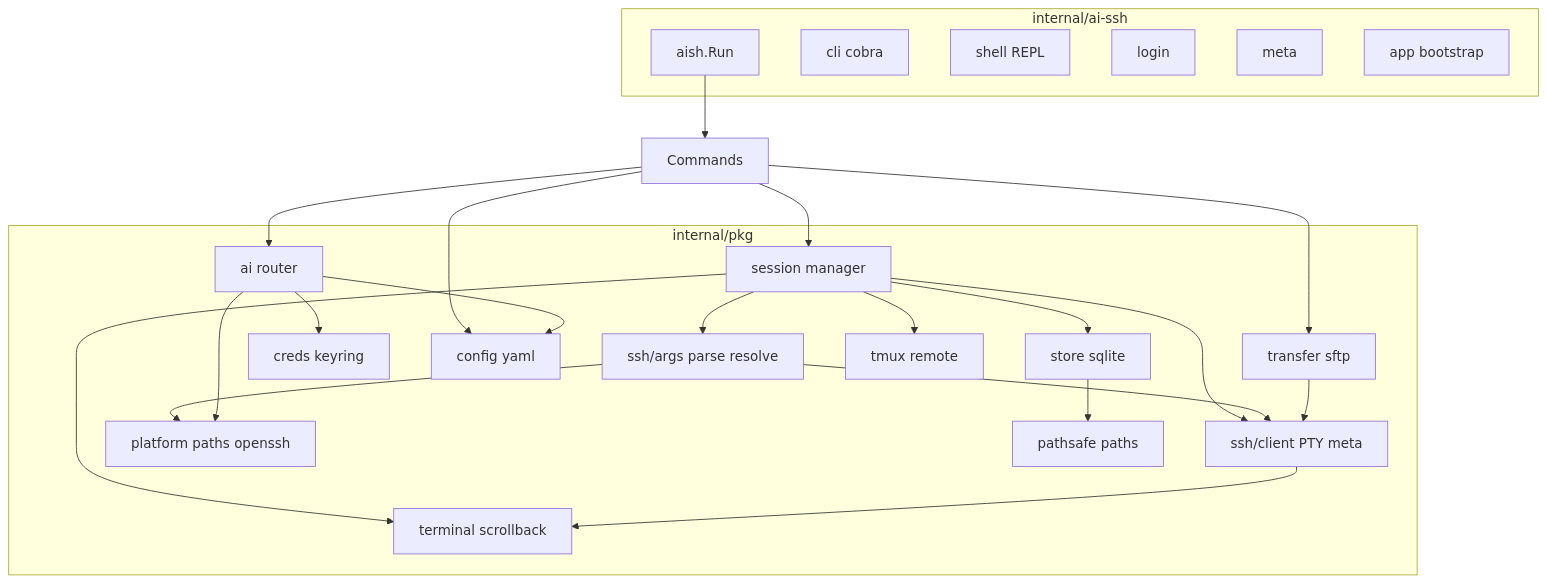
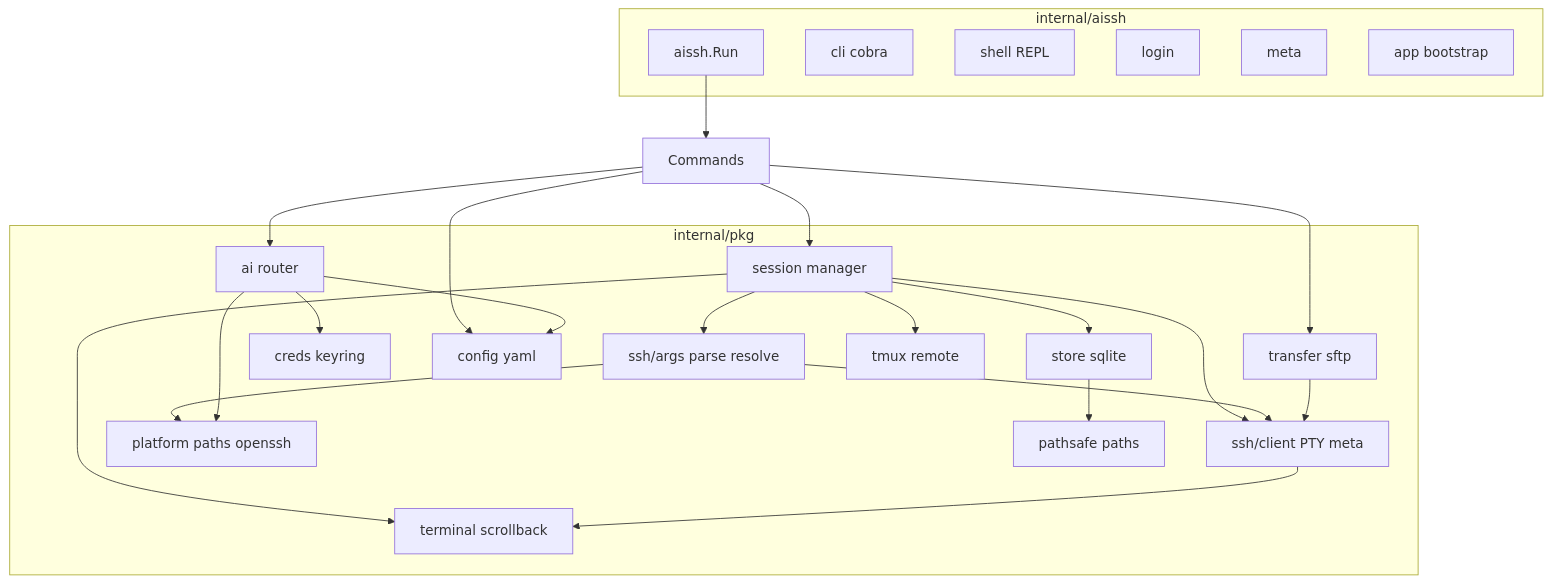
The second of 8 diagrams in docs/design.md (os-artificer/AiT), drawn with Mermaid before and after one commit. The commit also changed other lines of this file and 386 other files, not shown here.

````diff
--- a/docs/design.md
+++ b/docs/design.md
@@ -72,43 +72,43 @@
 ```mermaid
 flowchart TB
-  subgraph cli [internal/ai-ssh]
-    Run[aish.Run]
+  subgraph cli [internal/aissh]
+    Run[aissh.Run]
     CliPkg[cli cobra]
     ShellPkg[shell REPL]
     LoginPkg[login]
     MetaPkg[meta]
     AppPkg[app bootstrap]
   end
   subgraph pkgs [internal/pkg]
     SSHArgs[ssh/args parse resolve]
     Store[store sqlite]
     Sess[session manager]
     SSH[ssh/client PTY meta]
     Term[terminal scrollback]
     AI[ai router]
     Creds[creds keyring]
     Config[config yaml]
     Plat[platform paths openssh]
     Transfer[transfer sftp]
     PathSafe[pathsafe paths]
     Tmux[tmux remote]
   end
   Run --> Commands
   Commands --> Sess
   Sess --> SSHArgs
   Sess --> Store
   Sess --> SSH
   Sess --> Term
   Sess --> Tmux
   Commands --> AI
   Commands --> Transfer
   Commands --> Config
   SSHArgs --> Plat
   SSHArgs --> SSH
   Transfer --> SSH
   AI --> Creds
   AI --> Config
   AI --> Plat
   SSH --> Term
   Store --> PathSafe
 ```
````
